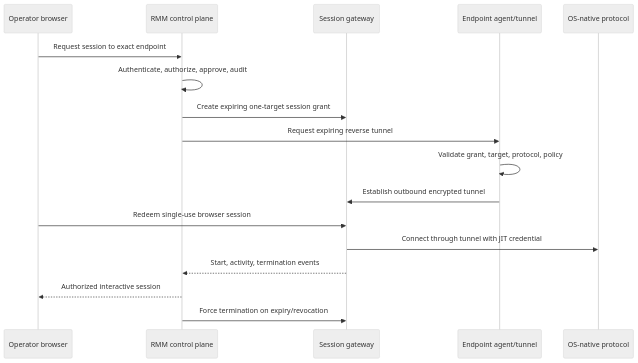
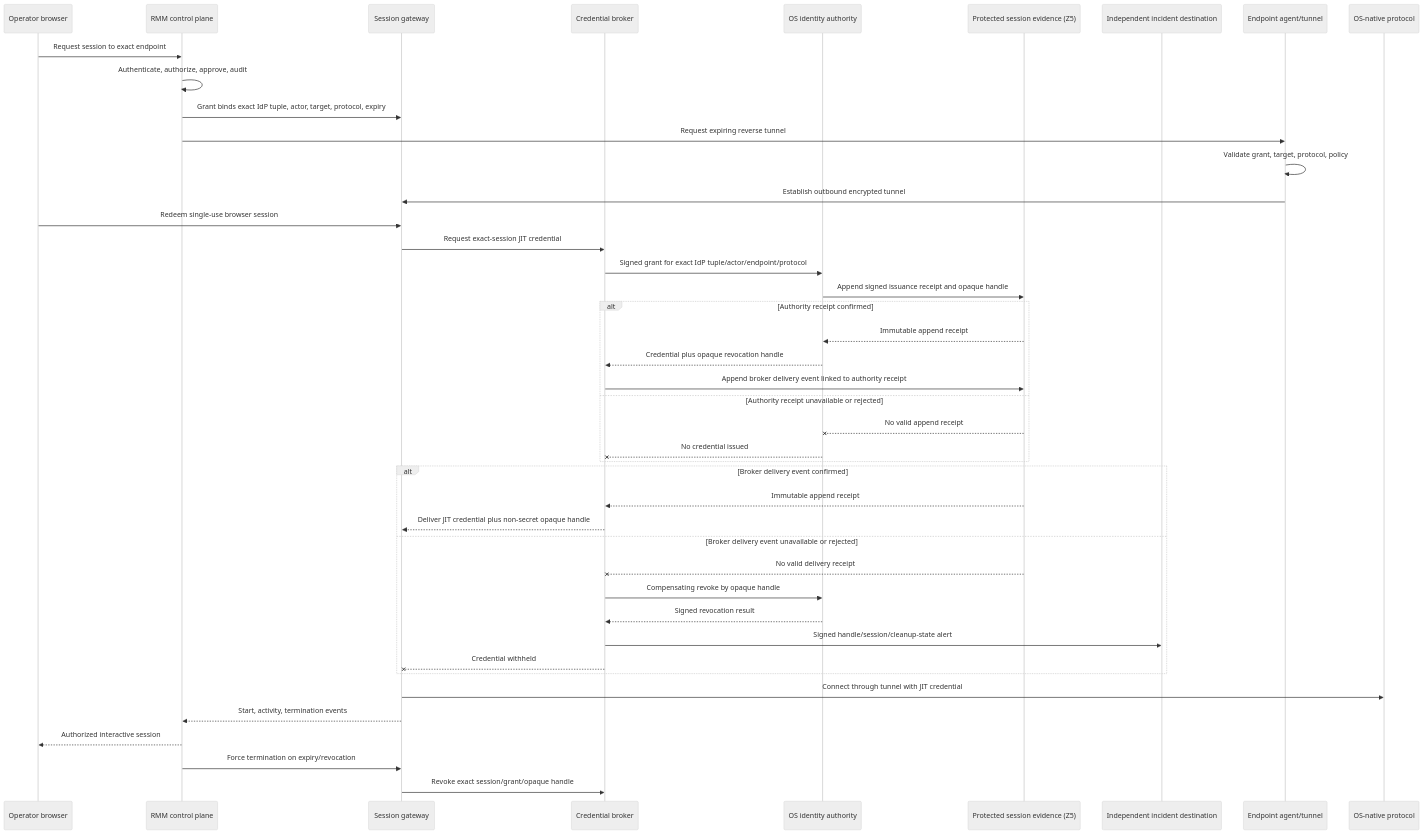
The diagram in docs/architecture/REMOTE_ACCESS.md (Beowxlf/northgate-rmm), drawn with Mermaid (neutral theme) before and after one commit. The commit also changed other lines of this file and 18 other files, not shown here.

````diff
--- a/docs/architecture/REMOTE_ACCESS.md
+++ b/docs/architecture/REMOTE_ACCESS.md
@@ -24,19 +24,45 @@
 ```mermaid
 sequenceDiagram
   participant O as Operator browser
   participant C as RMM control plane
   participant G as Session gateway
+  participant B as Credential broker
+  participant I as OS identity authority
+  participant E as Protected session evidence (Z5)
+  participant X as Independent incident destination
   participant A as Endpoint agent/tunnel
   participant P as OS-native protocol
   O->>C: Request session to exact endpoint
   C->>C: Authenticate, authorize, approve, audit
-  C->>G: Create expiring one-target session grant
+  C->>G: Grant binds exact IdP tuple, actor, target, protocol, expiry
   C->>A: Request expiring reverse tunnel
   A->>A: Validate grant, target, protocol, policy
   A->>G: Establish outbound encrypted tunnel
   O->>G: Redeem single-use browser session
+  G->>B: Request exact-session JIT credential
+  B->>I: Signed grant for exact IdP tuple/actor/endpoint/protocol
+  I->>E: Append signed issuance receipt and opaque handle
+  alt Authority receipt confirmed
+    E-->>I: Immutable append receipt
+    I-->>B: Credential plus opaque revocation handle
+    B->>E: Append broker delivery event linked to authority receipt
+  else Authority receipt unavailable or rejected
+    E--xI: No valid append receipt
+    I--xB: No credential issued
+  end
+  alt Broker delivery event confirmed
+    E-->>B: Immutable append receipt
+    B-->>G: Deliver JIT credential plus non-secret opaque handle
+  else Broker delivery event unavailable or rejected
+    E--xB: No valid delivery receipt
+    B->>I: Compensating revoke by opaque handle
+    I-->>B: Signed revocation result
+    B->>X: Signed handle/session/cleanup-state alert
+    B--xG: Credential withheld
+  end
   G->>P: Connect through tunnel with JIT credential
   G-->>C: Start, activity, termination events
   C-->>O: Authorized interactive session
   C->>G: Force termination on expiry/revocation
+  G->>B: Revoke exact session/grant/opaque handle
 ```
````
